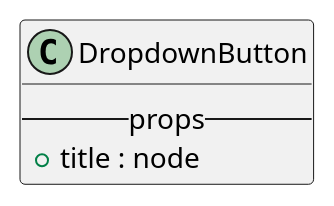
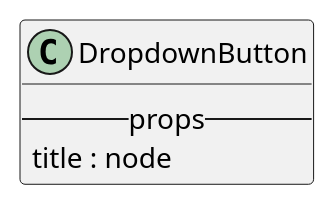
The diagram in react/bootstrap/dropdownbutton.iuml (M9k/Marvin-Uml), drawn with PlantUML before and after one commit. The commit also changed 10 other files, not shown here.

```diff
--- a/react/bootstrap/dropdownbutton.iuml
+++ b/react/bootstrap/dropdownbutton.iuml
@@ -1,4 +1,4 @@
 class DropdownButton{
     --props--
-        + title : node
+         title : node
 }
```
